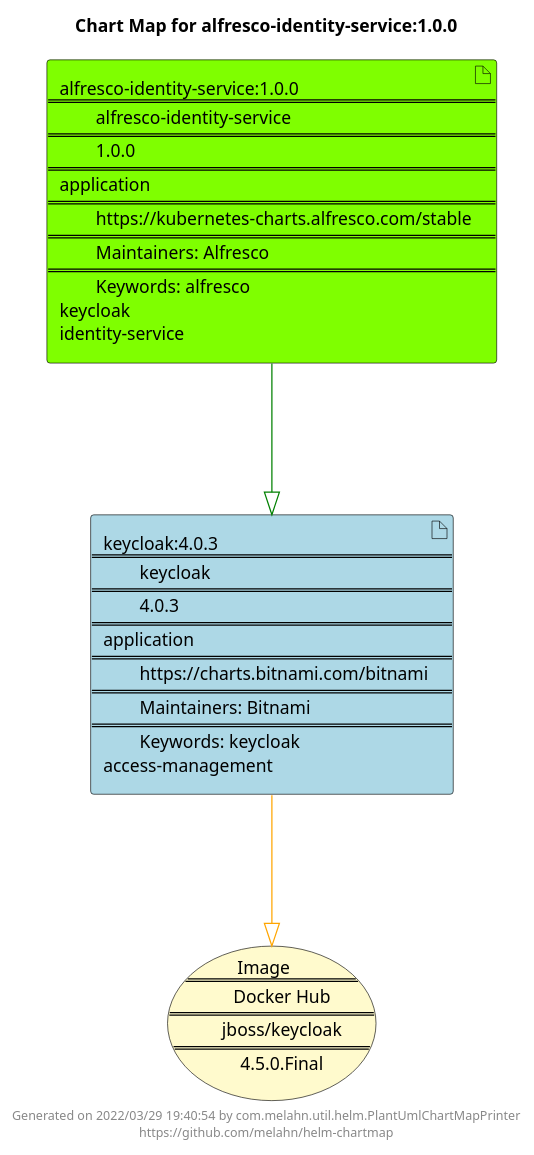
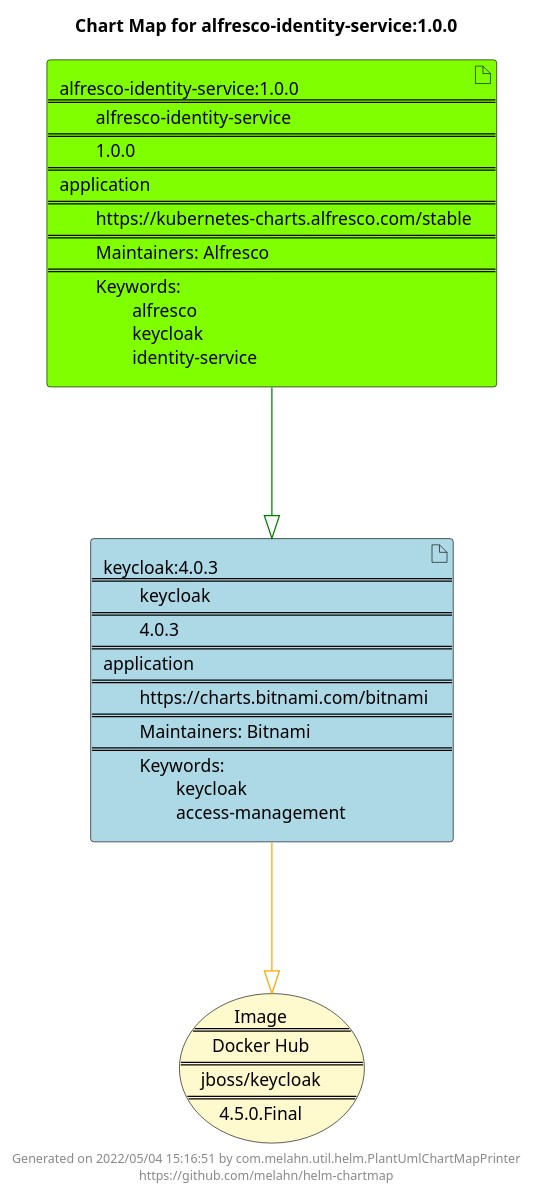
One commit to melahn/helm-chartmap changed the diagram in docs/alfresco-identity-service/alfresco-identity-service-1.0.0.puml. Above: the diagram before and after it, drawn with PlantUML. The commit also changed 55 other files, not shown here.

Commit message:
Update Example Chart Maps as part of GitHub build

```diff
--- a/docs/alfresco-identity-service/alfresco-identity-service-1.0.0.puml
+++ b/docs/alfresco-identity-service/alfresco-identity-service-1.0.0.puml
@@ -1,23 +1,23 @@
 @startuml
 skinparam linetype ortho
 skinparam backgroundColor white
 skinparam usecaseBorderColor black
 skinparam usecaseArrowColor LightSlateGray
 skinparam artifactBorderColor black
 skinparam artifactArrowColor LightSlateGray
 
 title Chart Map for alfresco-identity-service:1.0.0
 
 'There are 2 referenced Helm Charts
-artifact "keycloak:4.0.3\n====\n\tkeycloak\n====\n\t4.0.3\n====\napplication\n====\n\thttps://charts.bitnami.com/bitnami\n====\n\tMaintainers: Bitnami\n====\n\tKeywords: keycloak\naccess-management" as keycloak_4_0_3 #LightBlue
-artifact "alfresco-identity-service:1.0.0\n====\n\talfresco-identity-service\n====\n\t1.0.0\n====\napplication\n====\n\thttps://kubernetes-charts.alfresco.com/stable\n====\n\tMaintainers: Alfresco\n====\n\tKeywords: alfresco\nkeycloak\nidentity-service" as alfresco_identity_service_1_0_0 #Chartreuse
+artifact "keycloak:4.0.3\n====\n\tkeycloak\n====\n\t4.0.3\n====\napplication\n====\n\thttps://charts.bitnami.com/bitnami\n====\n\tMaintainers: Bitnami\n====\n\tKeywords: \n\t\tkeycloak\n\t\taccess-management" as keycloak_4_0_3 #LightBlue
+artifact "alfresco-identity-service:1.0.0\n====\n\talfresco-identity-service\n====\n\t1.0.0\n====\napplication\n====\n\thttps://kubernetes-charts.alfresco.com/stable\n====\n\tMaintainers: Alfresco\n====\n\tKeywords: \n\t\talfresco\n\t\tkeycloak\n\t\tidentity-service" as alfresco_identity_service_1_0_0 #Chartreuse
 
 'There is one referenced Docker Image
-usecase "Image\n====\n\tDocker Hub\n====\n\tjboss/keycloak\n====\n\t4.5.0.Final" as jboss_keycloak_4_5_0_Final #LemonChiffon
+usecase "Image\n====\nDocker Hub\n====\njboss/keycloak\n====\n4.5.0.Final" as jboss_keycloak_4_5_0_Final #LemonChiffon
 
 'Chart Dependencies
 alfresco_identity_service_1_0_0--[#green]-|>keycloak_4_0_3
 keycloak_4_0_3--[#orange]-|>jboss_keycloak_4_5_0_Final
 
-center footer Generated on 2022/03/29 19:40:54 by com.melahn.util.helm.PlantUmlChartMapPrinter\nhttps://github.com/melahn/helm-chartmap
+center footer Generated on 2022/05/04 15:16:51 by com.melahn.util.helm.PlantUmlChartMapPrinter\nhttps://github.com/melahn/helm-chartmap
 @enduml
```
